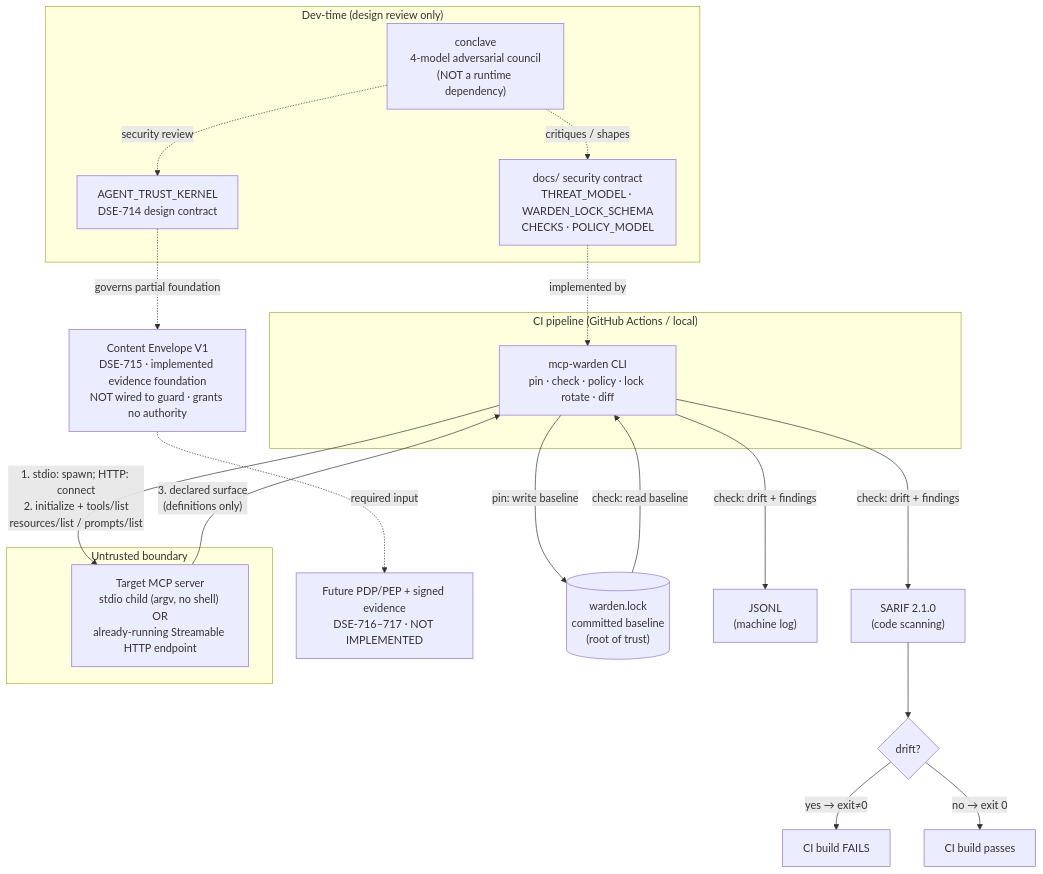
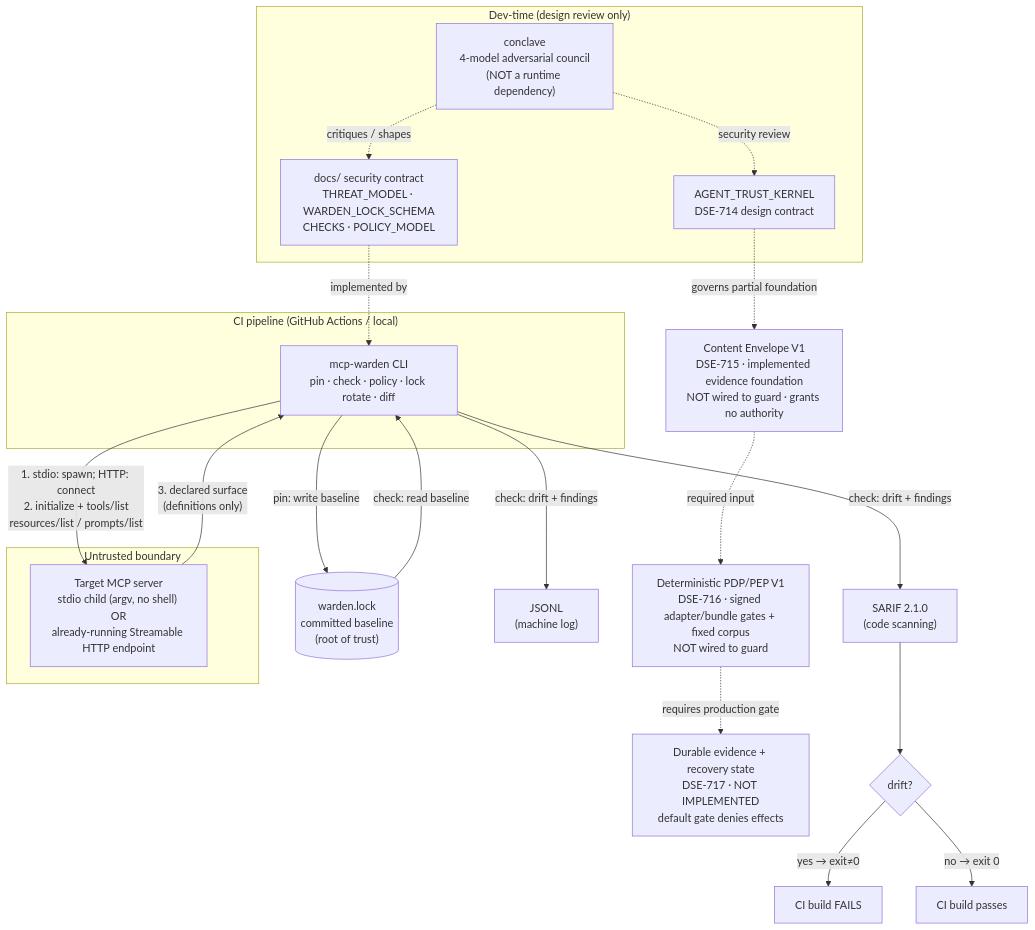
One commit to DataScience-EngineeringExperts/mcp-warden changed the first of 3 diagrams in SYSTEM_CONTEXT_DIAGRAM.md. Above: the diagram before and after it, drawn with Mermaid. The commit also changed other lines of this file and 15 other files, not shown here.

````diff
--- a/SYSTEM_CONTEXT_DIAGRAM.md
+++ b/SYSTEM_CONTEXT_DIAGRAM.md
@@ -58,41 +59,43 @@
 ```mermaid
 flowchart TB
     subgraph dev["Dev-time (design review only)"]
         conclave["conclave\n4-model adversarial council\n(NOT a runtime dependency)"]
         specs["docs/ security contract\nTHREAT_MODEL · WARDEN_LOCK_SCHEMA\nCHECKS · POLICY_MODEL"]
         atk["AGENT_TRUST_KERNEL\nDSE-714 design contract"]
         conclave -. "critiques / shapes" .-> specs
         conclave -. "security review" .-> atk
     end
 
     envelope["Content Envelope V1\nDSE-715 · implemented evidence foundation\nNOT wired to guard · grants no authority"]
-    future["Future PDP/PEP + signed evidence\nDSE-716–717 · NOT IMPLEMENTED"]
+    decision["Deterministic PDP/PEP V1\nDSE-716 · signed adapter/bundle gates + fixed corpus\nNOT wired to guard"]
+    evidence["Durable evidence + recovery state\nDSE-717 · NOT IMPLEMENTED\ndefault gate denies effects"]
     atk -. "governs partial foundation" .-> envelope
-    envelope -. "required input" .-> future
+    envelope -. "required input" .-> decision
+    decision -. "requires production gate" .-> evidence
 
     subgraph ci["CI pipeline (GitHub Actions / local)"]
         warden["mcp-warden CLI\npin · check · policy · lock rotate · diff"]
     end
 
     subgraph target["Untrusted boundary"]
         server["Target MCP server\nstdio child (argv, no shell) OR\nalready-running Streamable HTTP endpoint"]
     end
 
     repo[("warden.lock\ncommitted baseline\n(root of trust)")]
     sarif["SARIF 2.1.0\n(code scanning)"]
     jsonl["JSONL\n(machine log)"]
 
     specs -. "implemented by" .-> warden
 
     warden -- "1. stdio: spawn; HTTP: connect\n2. initialize + tools/list\nresources/list / prompts/list" --> server
     server -- "3. declared surface\n(definitions only)" --> warden
 
     warden -- "pin: write baseline" --> repo
     repo -- "check: read baseline" --> warden
     warden -- "check: drift + findings" --> sarif
     warden -- "check: drift + findings" --> jsonl
 
     sarif --> gate{"drift?"}
     gate -- "yes → exit≠0" --> failci["CI build FAILS"]
     gate -- "no → exit 0" --> passci["CI build passes"]
 ```
````
